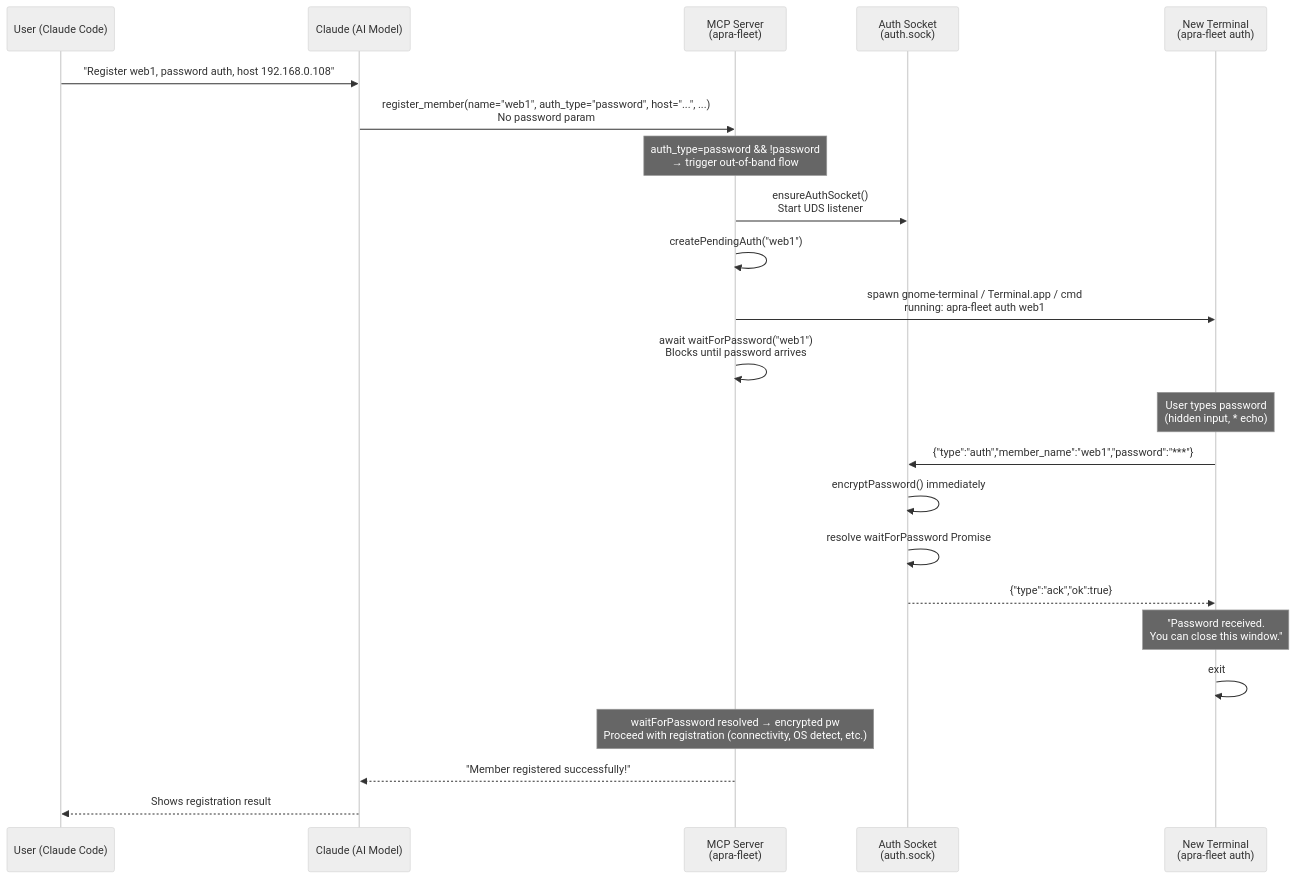
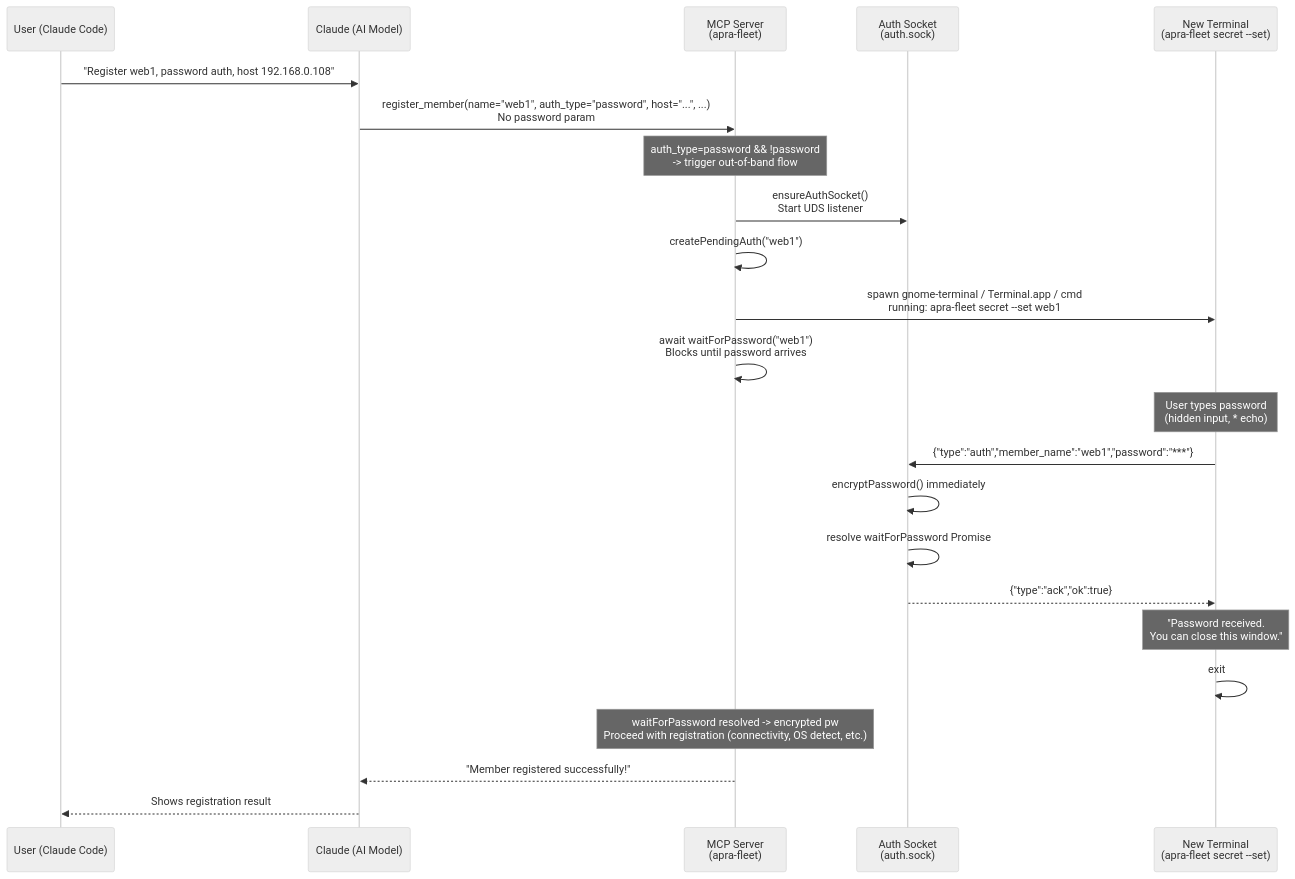
One commit to Apra-Labs/apra-fleet changed the first of 2 diagrams in docs/adr-oob-password.md. Above: the diagram before and after it, drawn with Mermaid (neutral theme). The commit also changed other lines of this file and 56 other files, not shown here.

````diff
--- a/docs/adr-oob-password.md
+++ b/docs/adr-oob-password.md
@@ -66,32 +66,32 @@
 ```mermaid
 sequenceDiagram
     participant User as User (Claude Code)
     participant Claude as Claude (AI Model)
     participant MCP as MCP Server<br/>(apra-fleet)
     participant Socket as Auth Socket<br/>(auth.sock)
-    participant Terminal as New Terminal<br/>(apra-fleet auth)
+    participant Terminal as New Terminal<br/>(apra-fleet secret --set)
 
     User->>Claude: "Register web1, password auth, host 192.168.0.108"
     Claude->>MCP: register_member(name="web1", auth_type="password", host="...", ...)<br/>No password param
 
-    Note over MCP: auth_type=password && !password<br/>→ trigger out-of-band flow
+    Note over MCP: auth_type=password && !password<br/>-> trigger out-of-band flow
 
     MCP->>Socket: ensureAuthSocket()<br/>Start UDS listener
     MCP->>MCP: createPendingAuth("web1")
-    MCP->>Terminal: spawn gnome-terminal / Terminal.app / cmd<br/>running: apra-fleet auth web1
+    MCP->>Terminal: spawn gnome-terminal / Terminal.app / cmd<br/>running: apra-fleet secret --set web1
     MCP->>MCP: await waitForPassword("web1")<br/>Blocks until password arrives
 
     Note over Terminal: User types password<br/>(hidden input, * echo)
 
     Terminal->>Socket: {"type":"auth","member_name":"web1","password":"***"}
     Socket->>Socket: encryptPassword() immediately
     Socket->>Socket: resolve waitForPassword Promise
     Socket-->>Terminal: {"type":"ack","ok":true}
     Note over Terminal: "Password received.<br/>You can close this window."
     Terminal->>Terminal: exit
 
-    Note over MCP: waitForPassword resolved → encrypted pw<br/>Proceed with registration (connectivity, OS detect, etc.)
+    Note over MCP: waitForPassword resolved -> encrypted pw<br/>Proceed with registration (connectivity, OS detect, etc.)
 
     MCP-->>Claude: "Member registered successfully!"
     Claude-->>User: Shows registration result
 ```
````
